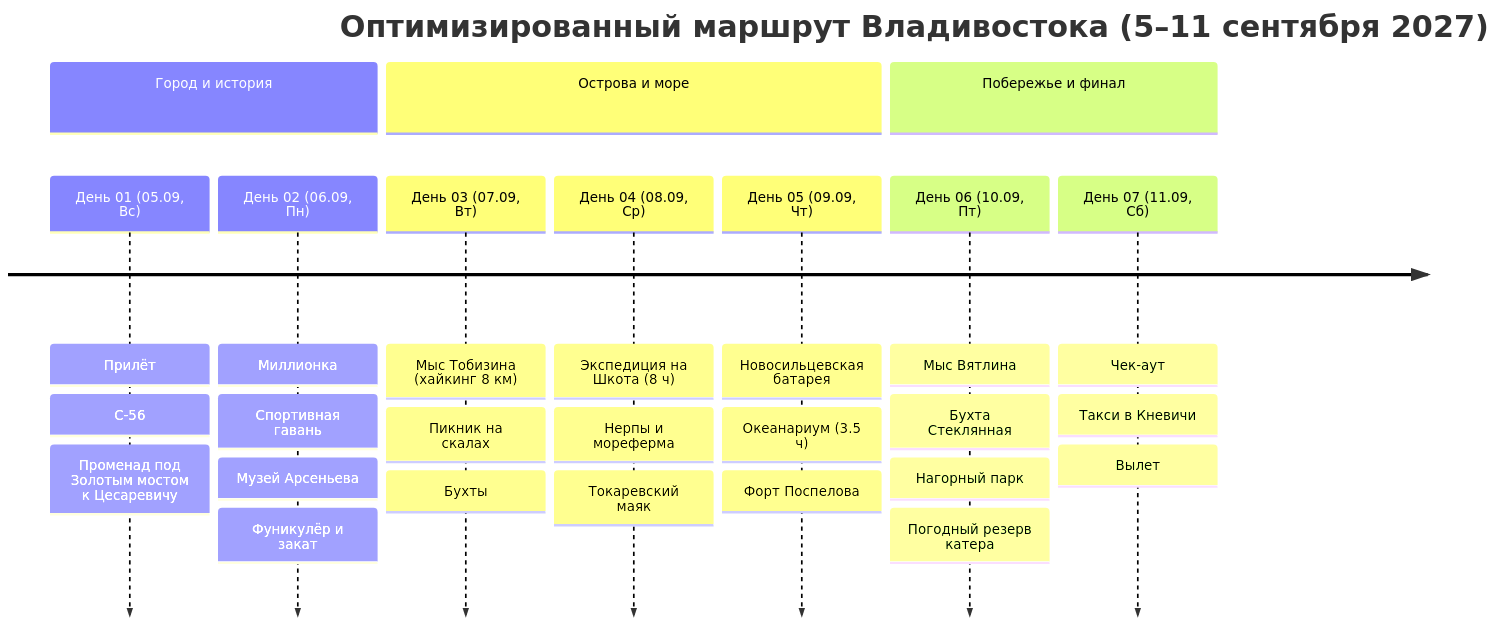
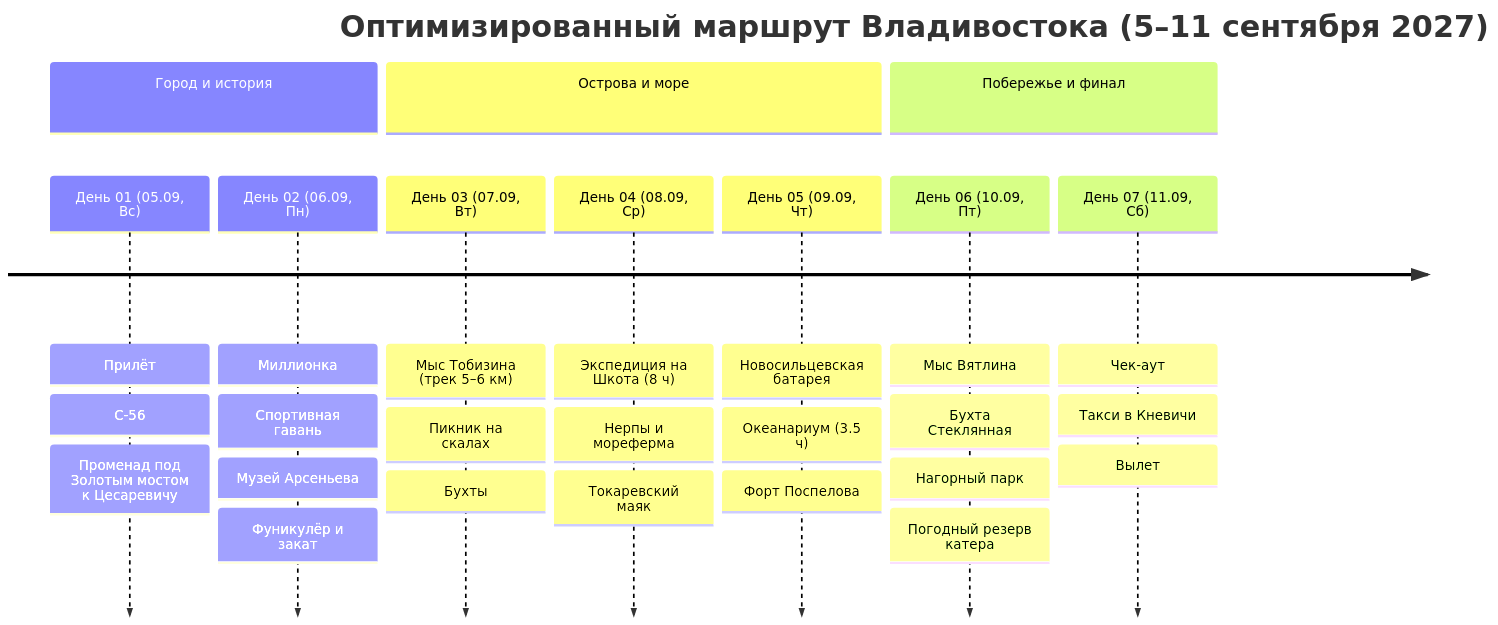
The diagram in Personal Note/Travel/-- Владивосток/Владивосток.md (injurka/obsidian-mark), drawn with Mermaid before and after one commit. The commit also changed other lines of this file and 14 other files, not shown here.

````diff
--- a/Personal Note/Travel/-- Владивосток/Владивосток.md
+++ b/Personal Note/Travel/-- Владивосток/Владивосток.md
@@ -41,14 +41,14 @@
 ```mermaid
 timeline
     title Оптимизированный маршрут Владивостока (5–11 сентября 2027)
     section Город и история
         День 01 (05.09, Вс) : Прилёт : С-56 : Променад под Золотым мостом к Цесаревичу
         День 02 (06.09, Пн) : Миллионка : Спортивная гавань : Музей Арсеньева : Фуникулёр и закат
     section Острова и море
-        День 03 (07.09, Вт) : Мыс Тобизина (хайкинг 8 км) : Пикник на скалах : Бухты
+        День 03 (07.09, Вт) : Мыс Тобизина (трек 5–6 км) : Пикник на скалах : Бухты
         День 04 (08.09, Ср) : Экспедиция на Шкота (8 ч) : Нерпы и мореферма : Токаревский маяк
         День 05 (09.09, Чт) : Новосильцевская батарея : Океанариум (3.5 ч) : Форт Поспелова
     section Побережье и финал
         День 06 (10.09, Пт) : Мыс Вятлина : Бухта Стеклянная : Нагорный парк : Погодный резерв катера
         День 07 (11.09, Сб) : Чек-аут : Такси в Кневичи : Вылет
 ```
````
